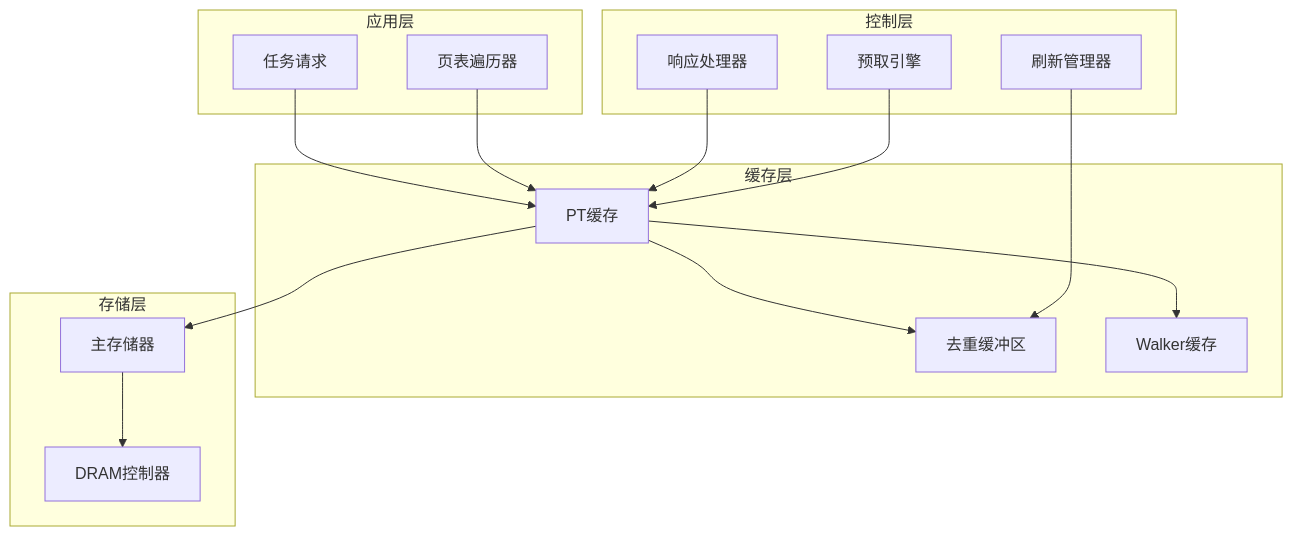
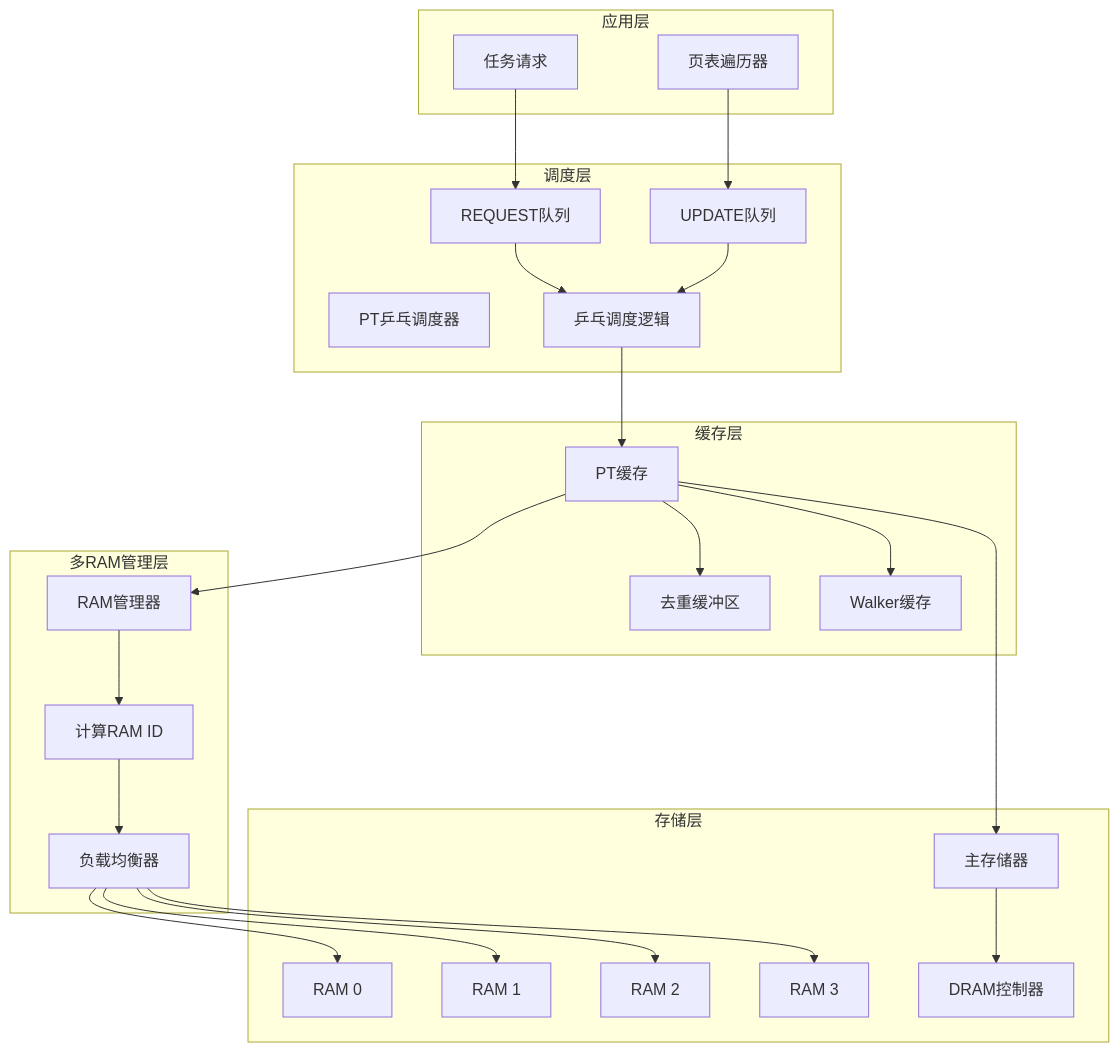
The second of 12 diagrams in .qoder/repowiki/zh/content/缓存系统/PT缓存（页表缓存）.md (jiangjiang1122/iommu_model_20260401_v1), drawn with Mermaid before and after one commit. The commit also changed other lines of this file and 186 other files, not shown here.

````diff
--- a/.qoder/repowiki/zh/content/缓存系统/PT缓存（页表缓存）.md
+++ b/.qoder/repowiki/zh/content/缓存系统/PT缓存（页表缓存）.md
@@ -116,30 +135,47 @@
 ```mermaid
 graph TB
 subgraph "应用层"
 Tasks[任务请求]
 PTW[页表遍历器]
+end
+subgraph "调度层"
+PTScheduler[PT乒乓调度器]
+RequestFIFO[REQUEST队列]
+UpdateFIFO[UPDATE队列]
+PingPongLogic[乒乓调度逻辑]
+end
+subgraph "多RAM管理层"
+RAMManager[RAM管理器]
+ComputeRamId[计算RAM ID]
+LoadBalancer[负载均衡器]
 end
 subgraph "缓存层"
 PTCache[PT缓存]
 DedupBuffer[去重缓冲区]
 WalkerCache[Walker缓存]
 end
 subgraph "存储层"
+RAM0[RAM 0]
+RAM1[RAM 1]
+RAM2[RAM 2]
+RAM3[RAM 3]
 DDR[主存储器]
 DRAM[DRAM控制器]
 end
-subgraph "控制层"
-ResponseHandler[响应处理器]
-FlushManager[刷新管理器]
-PrefetchEngine[预取引擎]
-end
-Tasks --> PTCache
-PTW --> PTCache
+Tasks --> RequestFIFO
+PTW --> UpdateFIFO
+RequestFIFO --> PingPongLogic
+UpdateFIFO --> PingPongLogic
+PingPongLogic --> PTCache
+PTCache --> RAMManager
+RAMManager --> ComputeRamId
+ComputeRamId --> LoadBalancer
+LoadBalancer --> RAM0
+LoadBalancer --> RAM1
+LoadBalancer --> RAM2
+LoadBalancer --> RAM3
 PTCache --> DedupBuffer
 PTCache --> WalkerCache
 PTCache --> DDR
-ResponseHandler --> PTCache
-FlushManager --> DedupBuffer
-PrefetchEngine --> PTCache
 DDR --> DRAM
 ```
````
